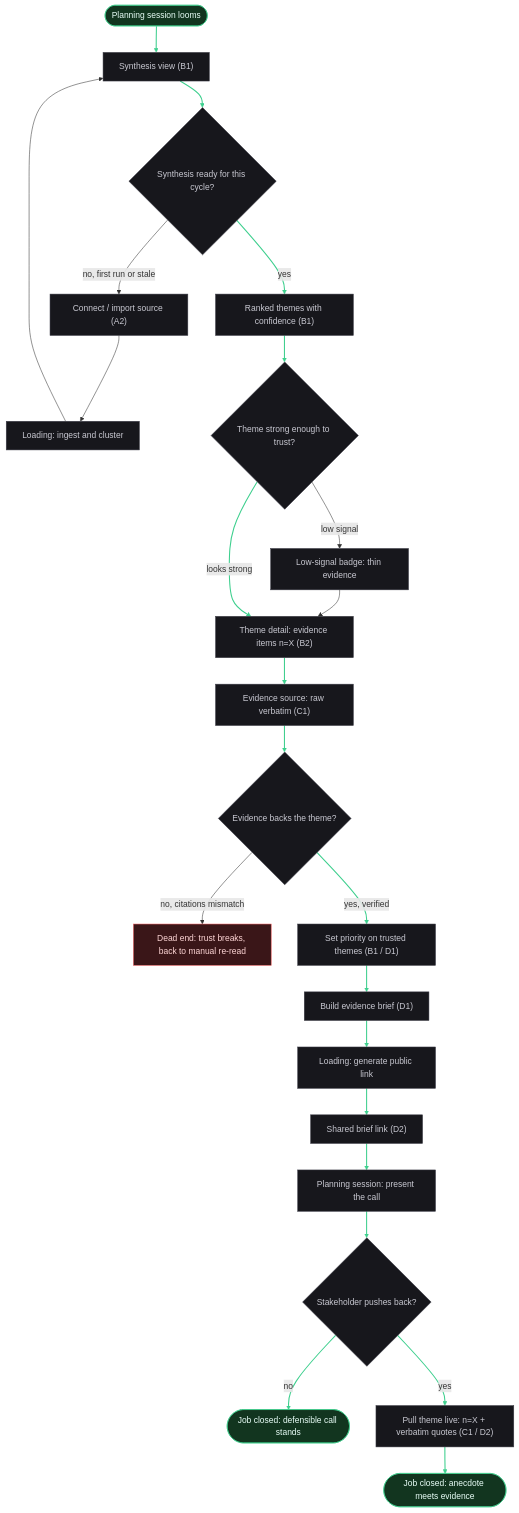
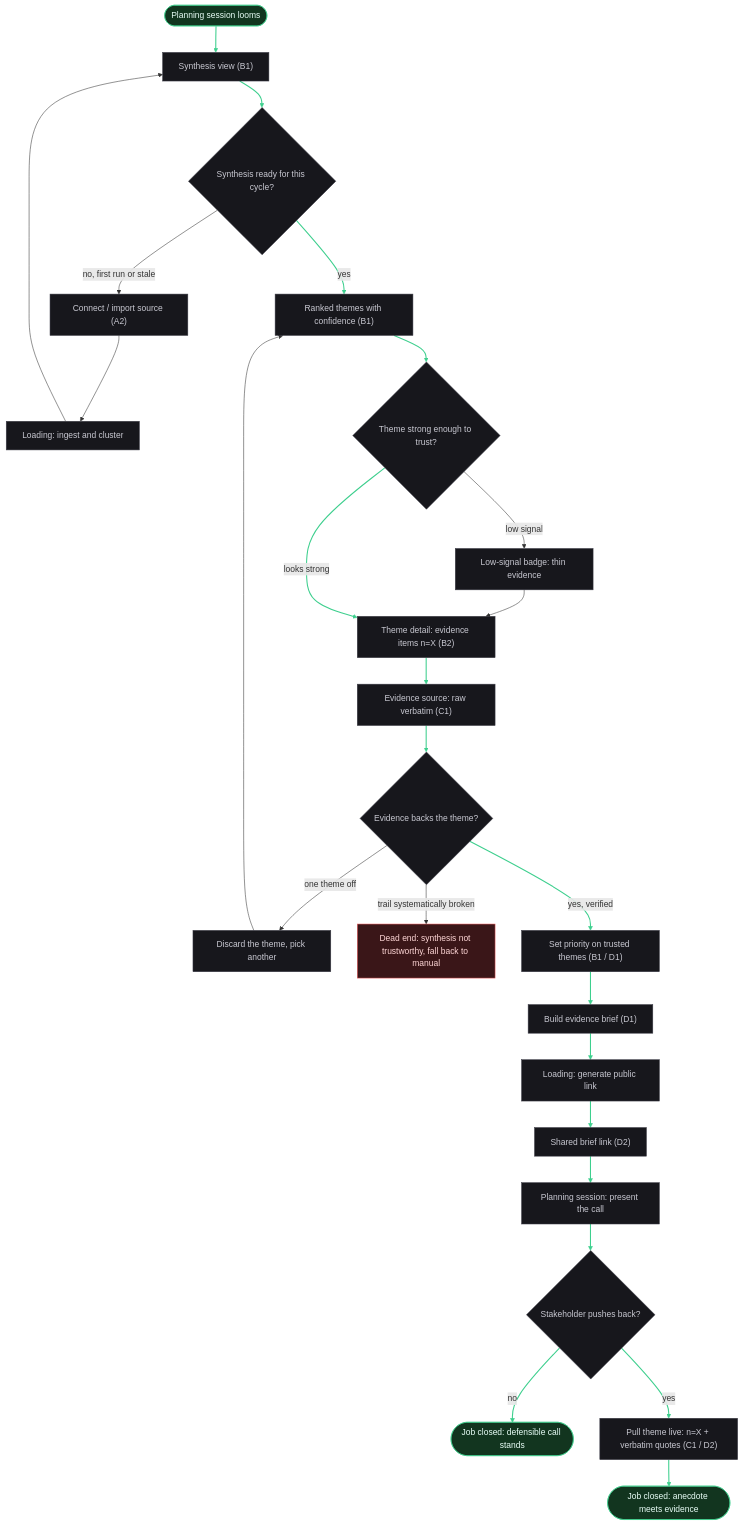
One commit to sergiodesign4u-dot/sift changed the first of 5 diagrams in ia/docs/flows.md. Above: the diagram before and after it, drawn with Mermaid. The commit also changed other lines of this file and 1 other file, not shown here.

First line of the commit message:
IA Basic Layer (Step 6): critique #1 fixes - tighten dead-ends, add source-unavailable state

````diff
--- a/ia/docs/flows.md
+++ b/ia/docs/flows.md
@@ -21,33 +23,35 @@
 ```mermaid
 flowchart TD
     Start(["Planning session looms"]) --> Open["Synthesis view (B1)"]
     Open --> Ready{"Synthesis ready for this cycle?"}
     Ready -->|no, first run or stale| Connect["Connect / import source (A2)"]
     Connect --> Ingest["Loading: ingest and cluster"]
     Ingest --> Open
     Ready -->|yes| Themes["Ranked themes with confidence (B1)"]
     Themes --> Strong{"Theme strong enough to trust?"}
     Strong -->|low signal| Thin["Low-signal badge: thin evidence"]
     Thin --> Drill["Theme detail: evidence items n=X (B2)"]
     Strong -->|looks strong| Drill
     Drill --> Raw["Evidence source: raw verbatim (C1)"]
     Raw --> Trust{"Evidence backs the theme?"}
-    Trust -->|no, citations mismatch| Dead["Dead end: trust breaks, back to manual re-read"]
+    Trust -->|one theme off| Discard["Discard the theme, pick another"]
+    Discard --> Themes
+    Trust -->|trail systematically broken| Dead["Dead end: synthesis not trustworthy, fall back to manual"]
     Trust -->|yes, verified| Prioritize["Set priority on trusted themes (B1 / D1)"]
     Prioritize --> Brief["Build evidence brief (D1)"]
     Brief --> Share["Loading: generate public link"]
     Share --> Shared["Shared brief link (D2)"]
     Shared --> Session["Planning session: present the call"]
     Session --> Challenge{"Stakeholder pushes back?"}
     Challenge -->|no| Win(["Job closed: defensible call stands"])
     Challenge -->|yes| Defend["Pull theme live: n=X + verbatim quotes (C1 / D2)"]
     Defend --> Grounded(["Job closed: anecdote meets evidence"])
 
     classDef success fill:#12351f,stroke:#3ecf8e,color:#eafff9;
     classDef dead fill:#3a1618,stroke:#f06060,color:#ffd7d7;
     classDef neutral fill:#17171c,stroke:#3a3a45,color:#c9c9d2;
     class Start,Win,Grounded success;
     class Dead dead;
-    class Open,Ready,Connect,Ingest,Themes,Strong,Thin,Drill,Raw,Trust,Prioritize,Brief,Share,Shared,Session,Challenge,Defend neutral;
-    linkStyle 0,1,5,6,9,10,11,13,14,15,16,17,18,19,20,21 stroke:#3ecf8e,stroke-width:2px;
+    class Open,Ready,Connect,Ingest,Themes,Strong,Thin,Drill,Raw,Trust,Discard,Prioritize,Brief,Share,Shared,Session,Challenge,Defend neutral;
+    linkStyle 0,1,5,6,9,10,11,15,16,17,18,19,20,21,22,23 stroke:#3ecf8e,stroke-width:2px;
 ```
````
